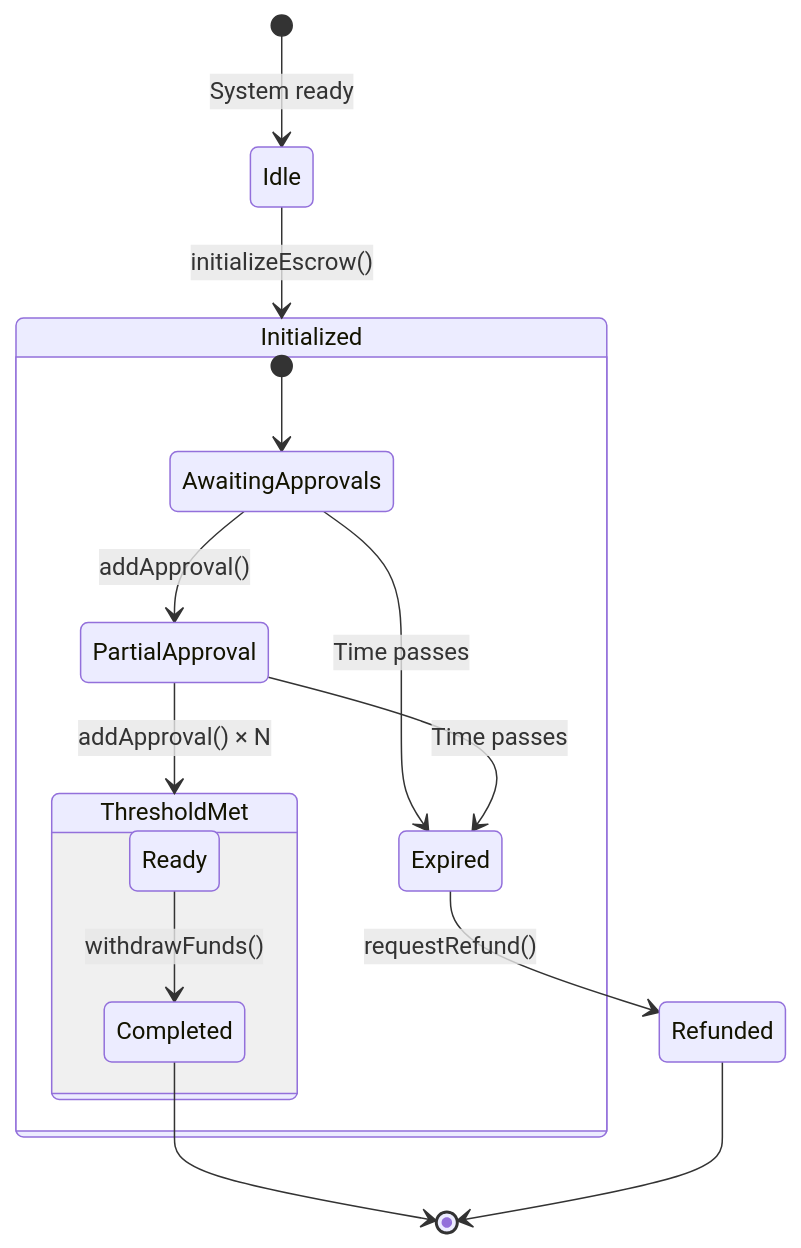
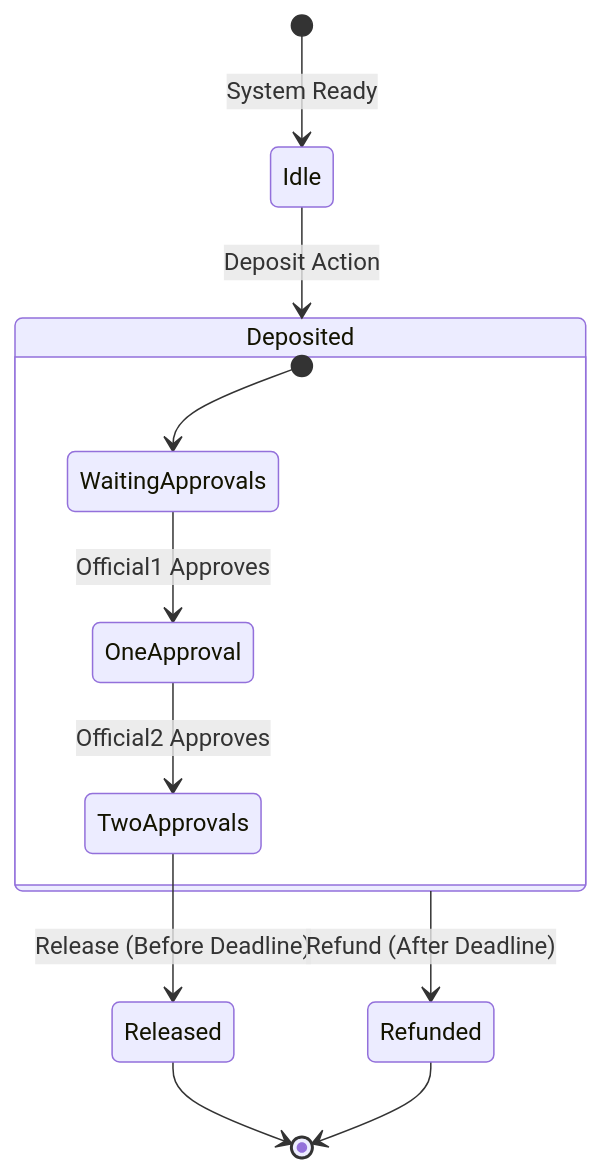
Before and after one commit to Onyinyechi46/Fund-Governance: the third of 3 diagrams in Tutorial.md, drawn with Mermaid. The commit also changed other lines of this file, not shown here.

````diff
--- a/Tutorial.md
+++ b/Tutorial.md
@@ -528,23 +378,19 @@
 ```mermaid
 stateDiagram-v2
-    [*] --> Idle: System ready
+    [*] --> Idle: System Ready
     
-    Idle --> Initialized: initializeEscrow()
+    Idle --> Deposited: Deposit Action
     
-    state Initialized {
-        [*] --> AwaitingApprovals
-        AwaitingApprovals --> PartialApproval: addApproval()
-        PartialApproval --> ThresholdMet: addApproval() × N
-        
-        state ThresholdMet {
-            Ready --> Completed: withdrawFunds()
-        }
-        
-        AwaitingApprovals --> Expired: Time passes
-        PartialApproval --> Expired: Time passes
+    state Deposited {
+        [*] --> WaitingApprovals
+        WaitingApprovals --> OneApproval: Official1 Approves
+        OneApproval --> TwoApprovals: Official2 Approves
     }
     
-    Expired --> Refunded: requestRefund()
-    Completed --> [*]
+    TwoApprovals --> Released: Release (Before Deadline)
+    
+    Deposited --> Refunded: Refund (After Deadline)
+    
+    Released --> [*]
     Refunded --> [*]
 ```
````
